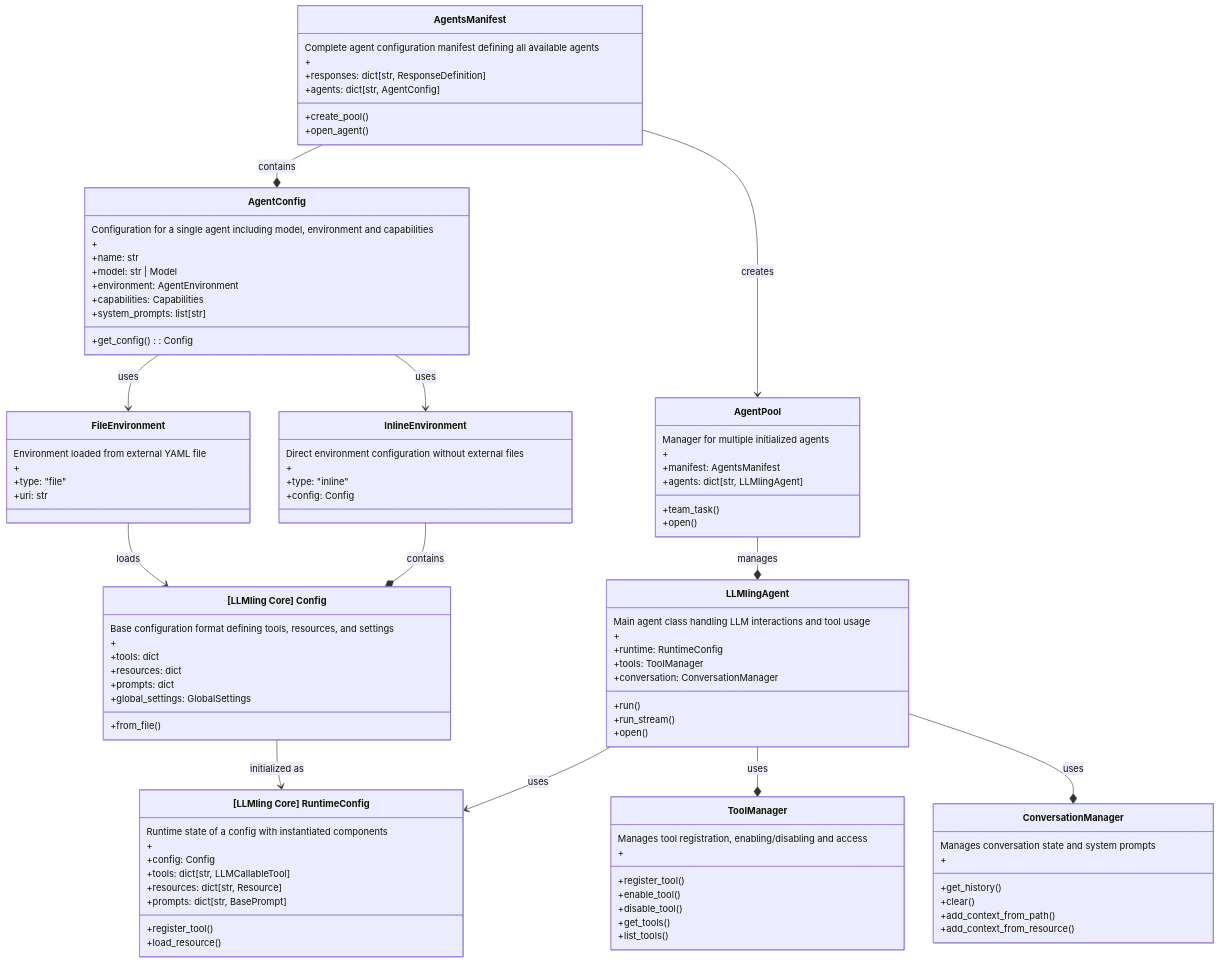
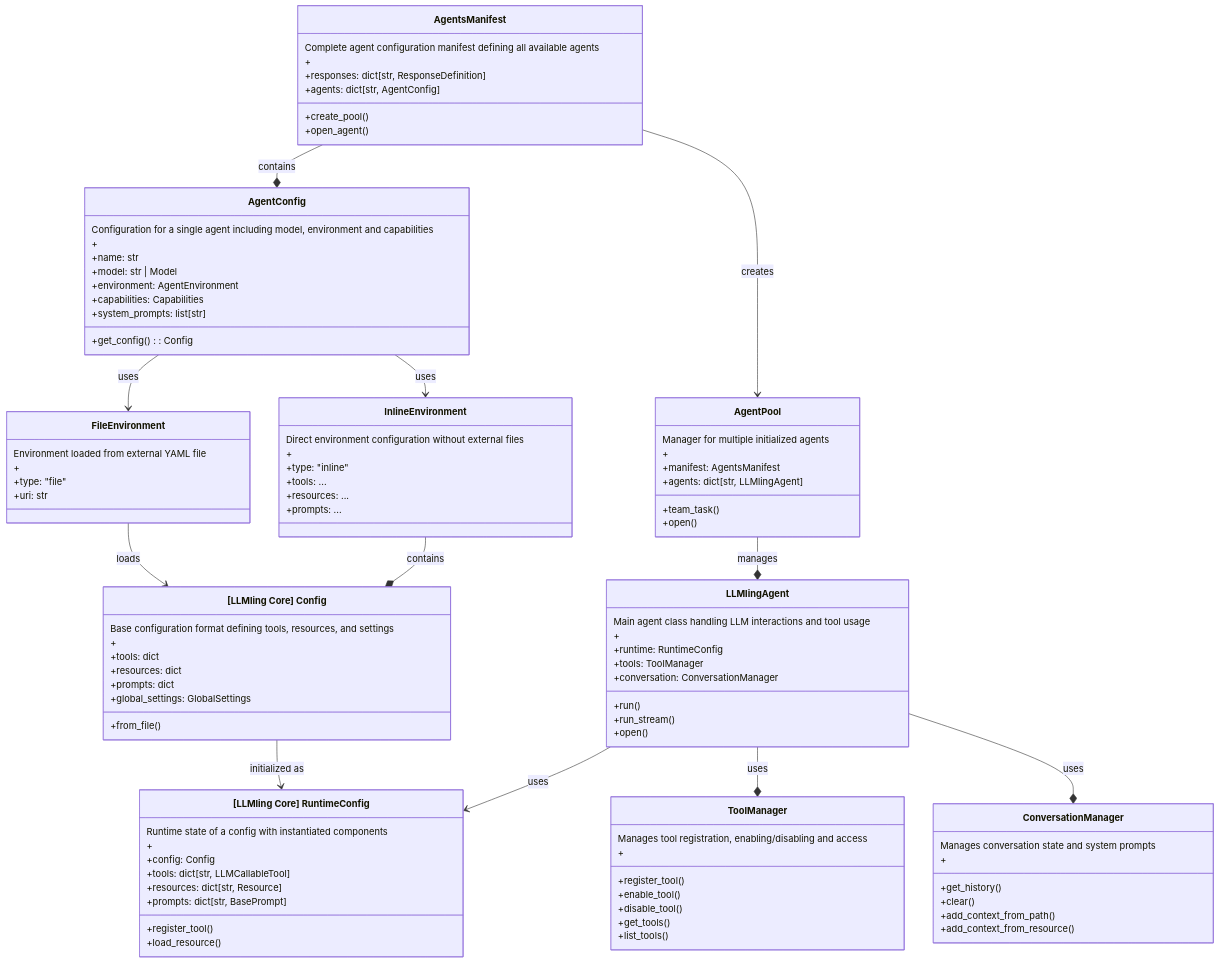
The diagram in README.md (uk0/llmling-agent), drawn with Mermaid before and after one commit. The commit also changed other lines of this file and 13 other files, not shown here.

```diff
--- a/README.md
+++ b/README.md
@@ -385,7 +383,9 @@
         Direct environment configuration without external files
         +
         +type: "inline"
-        +config: Config
+        +tools: ...
+        +resources: ...
+        +prompts: ...
     }
 
     class AgentPool {
```
